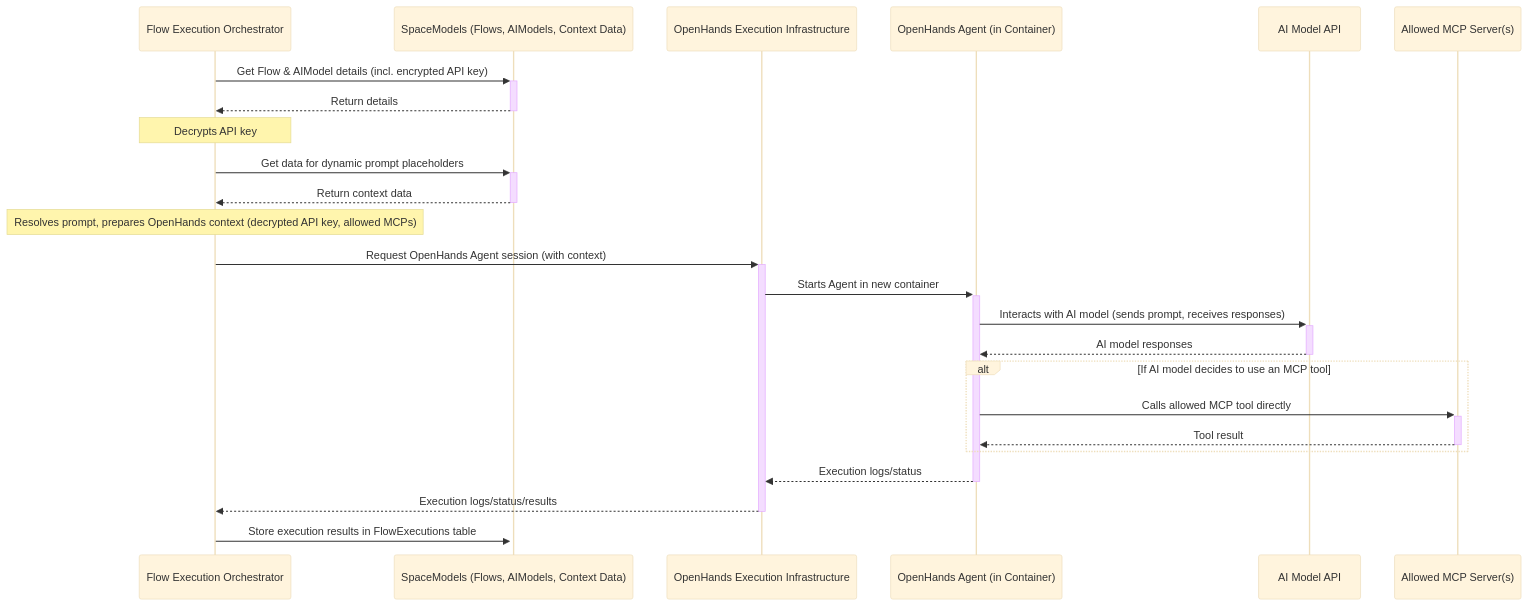
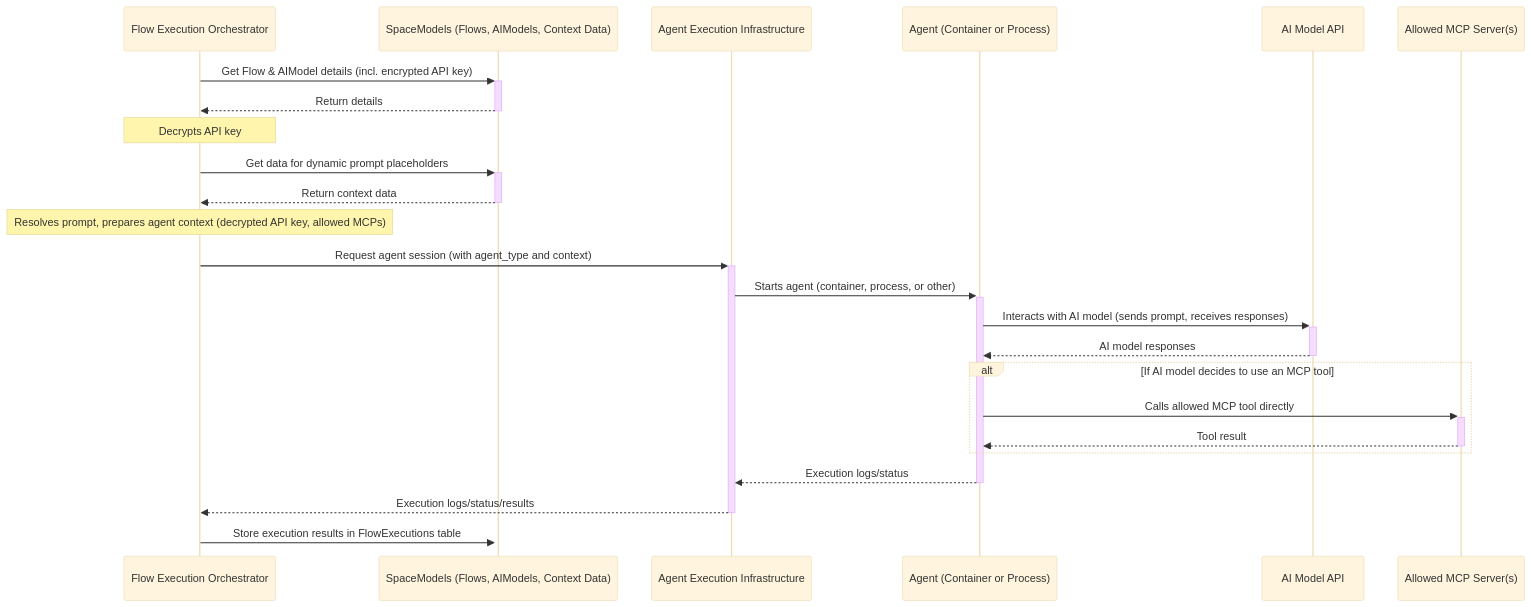
The fifth of 8 diagrams in ARCHITECTURE.md (GiorgosAlexakis/preloop), drawn with Mermaid (base theme) before and after one commit. The commit also changed other lines of this file and 4 other files, not shown here.

````diff
--- a/ARCHITECTURE.md
+++ b/ARCHITECTURE.md
@@ -550,27 +562,27 @@
 ```mermaid
 sequenceDiagram
     participant FlowExecOrch as Flow Execution Orchestrator
     participant ModelsDB as SpaceModels (Flows, AIModels, Context Data)
-    participant OpenHandsInfra as OpenHands Execution Infrastructure
-    participant OHAgent as OpenHands Agent (in Container)
+    participant AgentInfra as Agent Execution Infrastructure
+    participant Agent as Agent (Container or Process)
     participant AIModel_API as AI Model API
     participant MCP_Srv as Allowed MCP Server(s)
 
     FlowExecOrch->>+ModelsDB: Get Flow & AIModel details (incl. encrypted API key)
     ModelsDB-->>-FlowExecOrch: Return details
     Note over FlowExecOrch: Decrypts API key
     FlowExecOrch->>+ModelsDB: Get data for dynamic prompt placeholders
     ModelsDB-->>-FlowExecOrch: Return context data
-    Note over FlowExecOrch: Resolves prompt, prepares OpenHands context (decrypted API key, allowed MCPs)
-    FlowExecOrch->>+OpenHandsInfra: Request OpenHands Agent session (with context)
-    OpenHandsInfra->>+OHAgent: Starts Agent in new container
-    OHAgent->>+AIModel_API: Interacts with AI model (sends prompt, receives responses)
-    AIModel_API-->>-OHAgent: AI model responses
+    Note over FlowExecOrch: Resolves prompt, prepares agent context (decrypted API key, allowed MCPs)
+    FlowExecOrch->>+AgentInfra: Request agent session (with agent_type and context)
+    AgentInfra->>+Agent: Starts agent (container, process, or other)
+    Agent->>+AIModel_API: Interacts with AI model (sends prompt, receives responses)
+    AIModel_API-->>-Agent: AI model responses
     alt If AI model decides to use an MCP tool
-        OHAgent->>+MCP_Srv: Calls allowed MCP tool directly
-        MCP_Srv-->>-OHAgent: Tool result
+        Agent->>+MCP_Srv: Calls allowed MCP tool directly
+        MCP_Srv-->>-Agent: Tool result
     end
-    OHAgent-->>-OpenHandsInfra: Execution logs/status
-    OpenHandsInfra-->>-FlowExecOrch: Execution logs/status/results
+    Agent-->>-AgentInfra: Execution logs/status
+    AgentInfra-->>-FlowExecOrch: Execution logs/status/results
     FlowExecOrch->>+ModelsDB: Store execution results in FlowExecutions table
 ```
````
